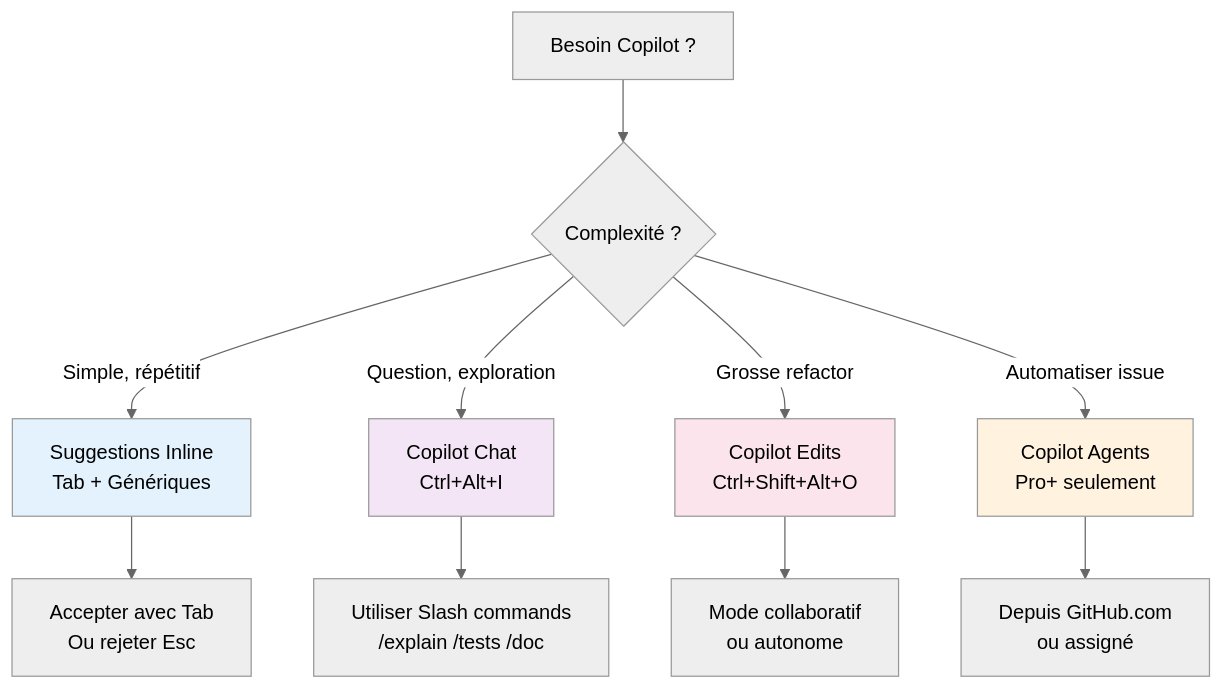
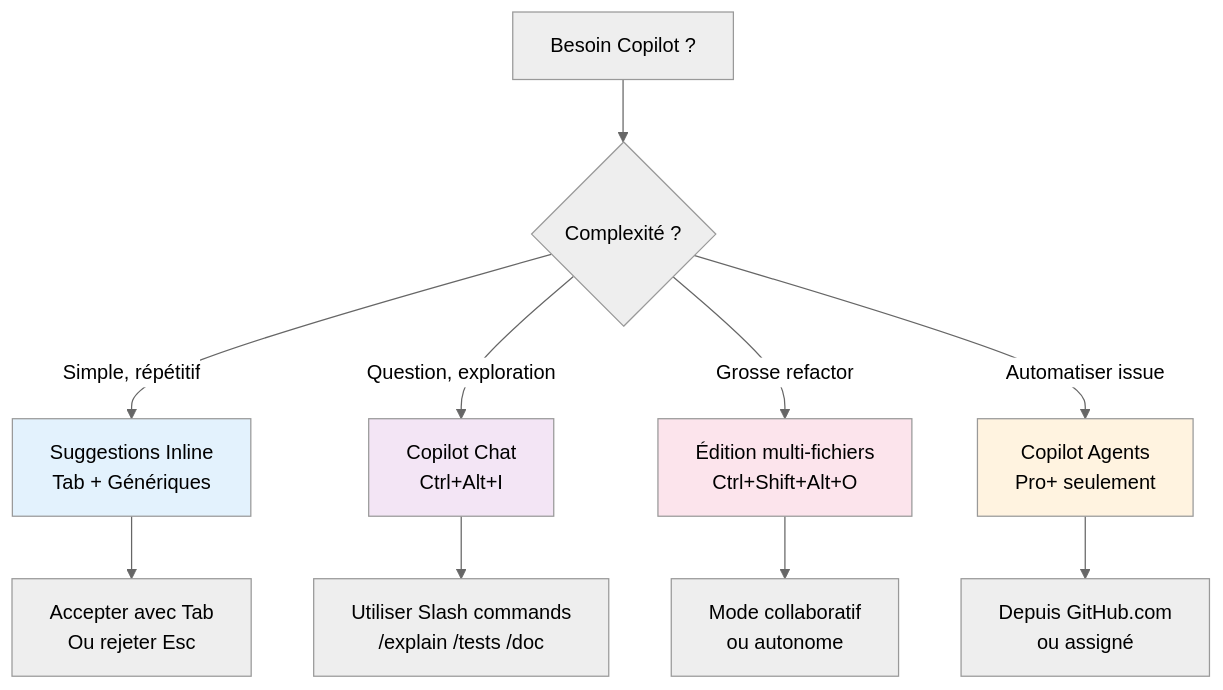
Before and after one commit to FTurleque/doc-utilisation-ia: the first of 2 diagrams in docs/chapitre-9-bonnes-pratiques/utilisation-effective.md, drawn with Mermaid (neutral theme). The commit also changed other lines of this file and 30 other files, not shown here.

````diff
--- a/docs/chapitre-9-bonnes-pratiques/utilisation-effective.md
+++ b/docs/chapitre-9-bonnes-pratiques/utilisation-effective.md
@@ -9,18 +9,18 @@
 ```mermaid
 graph TD
     A["Besoin Copilot ?"] --> B{Complexité ?}
     B -->|Simple, répétitif| C["Suggestions Inline <br/> Tab + Génériques"]
     B -->|Question, exploration| D["Copilot Chat <br/> Ctrl+Alt+I "]
-    B -->|Grosse refactor| E["Copilot Edits <br/> Ctrl+Shift+Alt+O "]
+    B -->|Grosse refactor| E["Édition multi-fichiers <br/> Ctrl+Shift+Alt+O "]
     B -->|Automatiser issue| F["Copilot Agents <br/> Pro+ seulement "]
     
     C --> G["Accepter avec Tab <br/> Ou rejeter Esc"]
     D --> H["Utiliser Slash commands <br/> /explain /tests /doc "]
     E --> I["Mode collaboratif <br/> ou autonome"]
     F --> J["Depuis GitHub.com <br/> ou assigné"]
     
     style C fill:#e3f2fd
     style D fill:#f3e5f5
     style E fill:#fce4ec
     style F fill:#fff3e0
 ```
````
